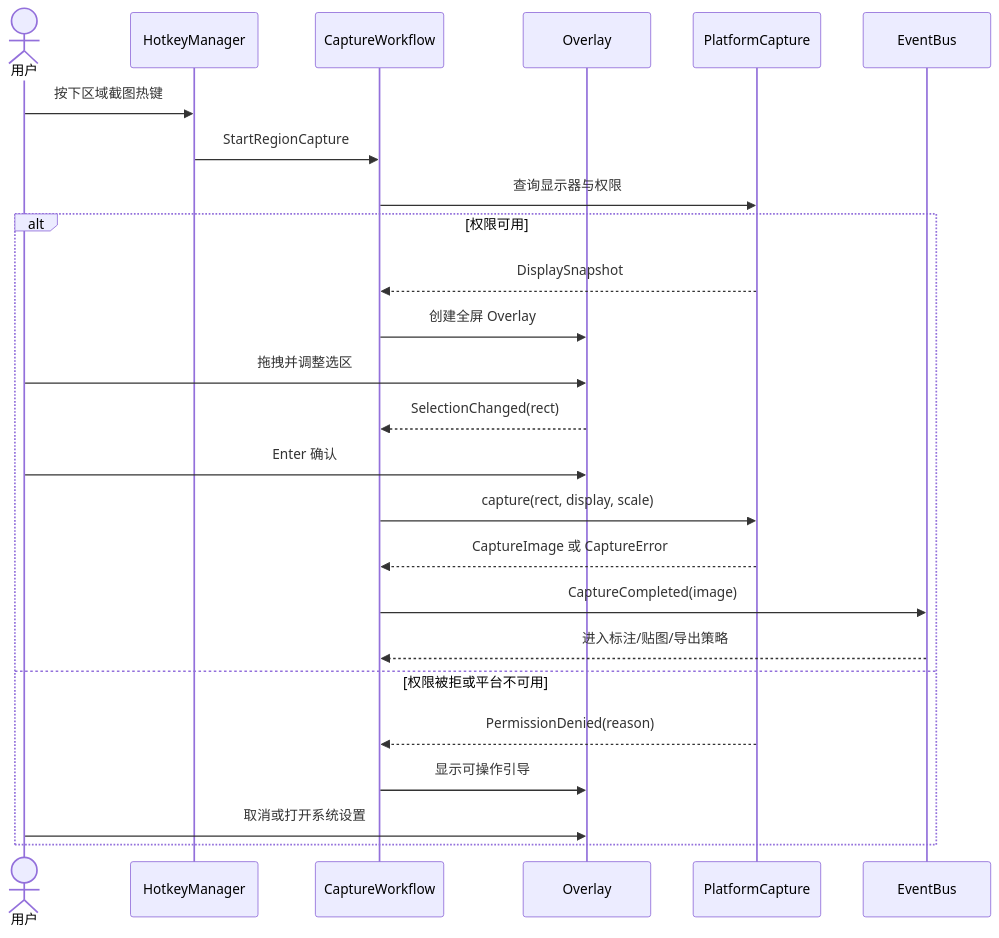
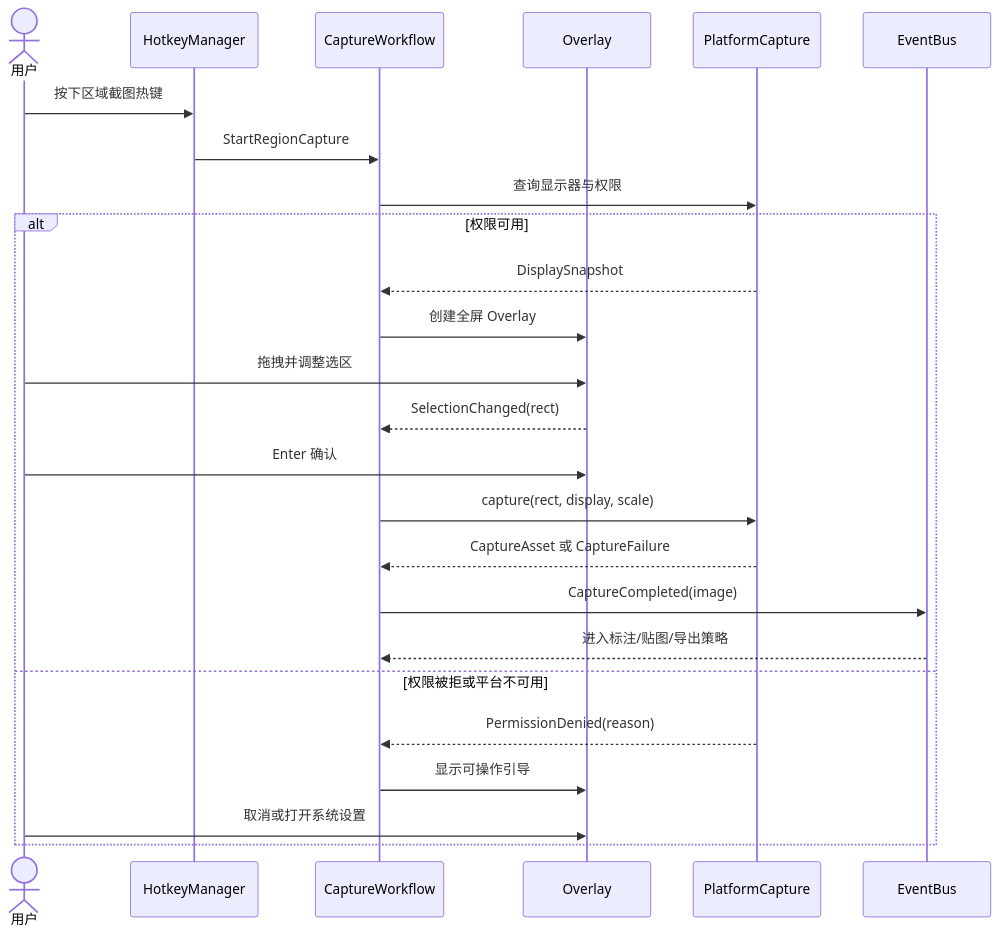
Before and after one commit to yhyzgn/pinora: the eighth of 22 diagrams in docs/Pinora-开发设计文档.md, drawn with Mermaid. The commit also changed other lines of this file and 80 other files, not shown here.

````diff
--- a/docs/Pinora-开发设计文档.md
+++ b/docs/Pinora-开发设计文档.md
@@ -385,27 +533,27 @@
 ```mermaid
 sequenceDiagram
     actor U as 用户
     participant H as HotkeyManager
     participant W as CaptureWorkflow
     participant O as Overlay
     participant P as PlatformCapture
     participant B as EventBus
     U->>H: 按下区域截图热键
     H->>W: StartRegionCapture
     W->>P: 查询显示器与权限
     alt 权限可用
         P-->>W: DisplaySnapshot
         W->>O: 创建全屏 Overlay
         U->>O: 拖拽并调整选区
         O-->>W: SelectionChanged(rect)
         U->>O: Enter 确认
         W->>P: capture(rect, display, scale)
-        P-->>W: CaptureImage 或 CaptureError
+        P-->>W: CaptureAsset 或 CaptureFailure
         W->>B: CaptureCompleted(image)
         B-->>W: 进入标注/贴图/导出策略
     else 权限被拒或平台不可用
         P-->>W: PermissionDenied(reason)
         W->>O: 显示可操作引导
         U->>O: 取消或打开系统设置
     end
 ```
````
